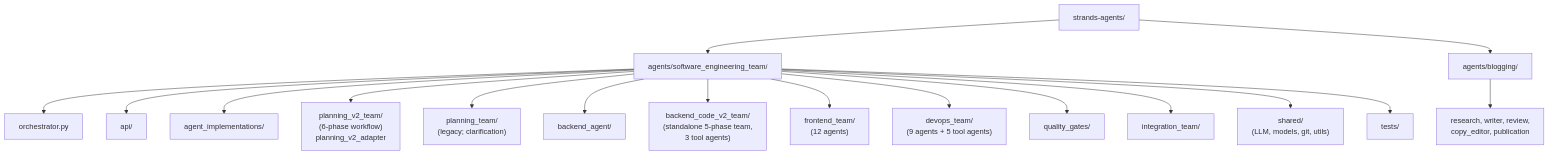
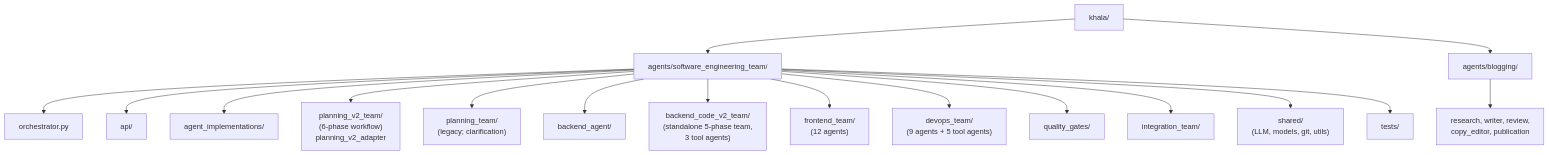
One commit to brandonkindred/Khala-Agentic-AI-Teams changed diagram 12 of 12 in ARCHITECTURE.md. Above: the diagram before and after it, drawn with Mermaid. The commit also changed 80 other files, not shown here.

First line of the commit message:
Transition project branding from 'Strands' to 'Khala'

````diff
--- a/ARCHITECTURE.md
+++ b/ARCHITECTURE.md
@@ -529,23 +529,23 @@
 ```mermaid
 flowchart TB
-    Root["strands-agents/"]
+    Root["khala/"]
 
     Root --> SWTeam["agents/software_engineering_team/"]
     Root --> BlogTeam["agents/blogging/"]
 
     SWTeam --> swOrch["orchestrator.py"]
     SWTeam --> swAPI["api/"]
     SWTeam --> swCLI["agent_implementations/"]
     SWTeam --> swPlanningV2["planning_v2_team/\n(6-phase workflow)\nplanning_v2_adapter"]
     SWTeam --> swPlanning["planning_team/\n(legacy; clarification)"]
     SWTeam --> swBackend["backend_agent/"]
     SWTeam --> swBackendV2["backend_code_v2_team/\n(standalone 5-phase team,\n3 tool agents)"]
     SWTeam --> swFrontend["frontend_team/\n(12 agents)"]
     SWTeam --> swDevops["devops_team/\n(9 agents + 5 tool agents)"]
     SWTeam --> swQuality["quality_gates/"]
     SWTeam --> swIntegration["integration_team/"]
     SWTeam --> swShared["shared/\n(LLM, models, git, utils)"]
     SWTeam --> swTests["tests/"]
 
     BlogTeam --> blogAgents["research, writer, review,\ncopy_editor, publication"]
 ```
````
